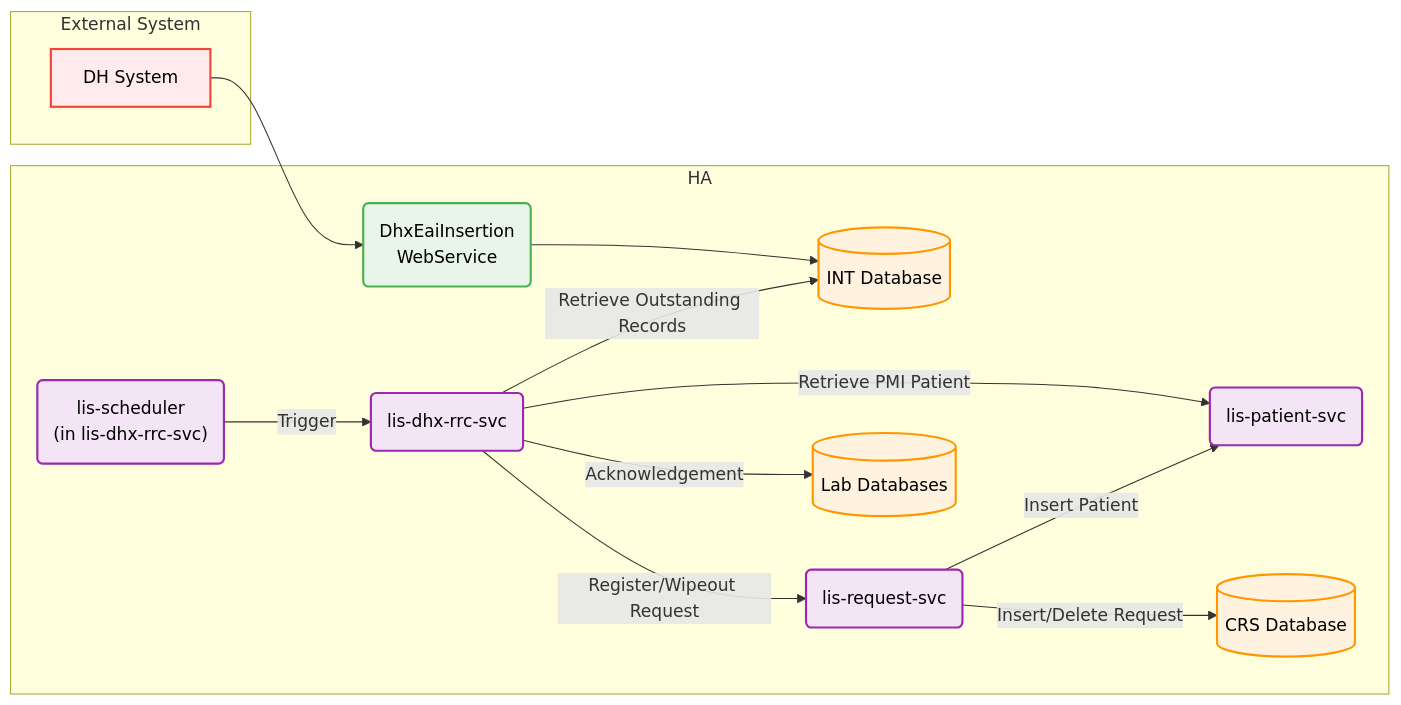
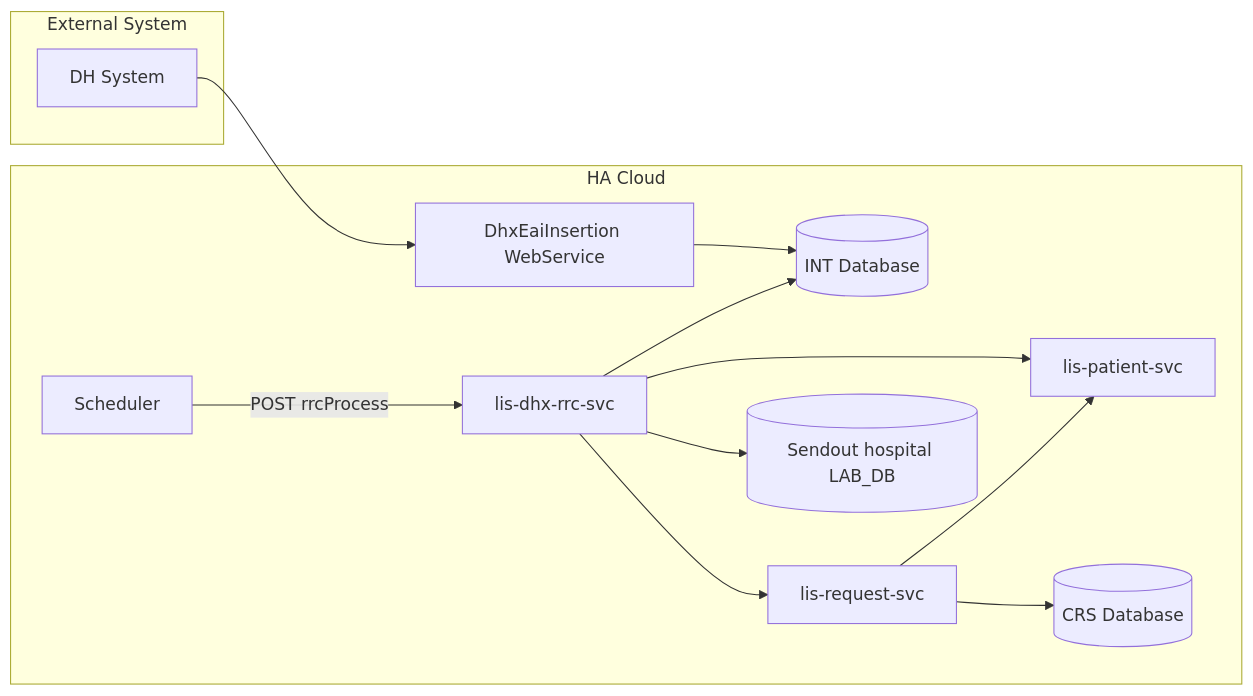
Before and after one commit to DragonChong/HA-Notes: the third of 3 diagrams in LIS/JIRA/Develop cloud application `lis-dhx-rrc-svc` to replace the legacy RRC worker and support dynamic Sybase-PostgreSQL database connectivity during DB migration.md, drawn with Mermaid. The commit also changed other lines of this file, not shown here.

Commit message:
vault backup: 2026-07-16 16:00:43

````diff
--- a/LIS/JIRA/Develop cloud application `lis-dhx-rrc-svc` to replace the legacy RRC worker and support dynamic Sybase-PostgreSQL database connectivity during DB migration.md
+++ b/LIS/JIRA/Develop cloud application `lis-dhx-rrc-svc` to replace the legacy RRC worker and support dynamic Sybase-PostgreSQL database connectivity during DB migration.md
@@ -191,36 +192,24 @@
 ```mermaid
 flowchart LR
     subgraph External["External System"]
-            DH["DH System"]
+        DH["DH System"]
     end
-    subgraph Internal["HA"]
-            WS("DhxEaiInsertion <br> WebService")
-            INT_DB[("INT Database")]
-            SCH_SVC("lis-scheduler<br>(in lis-dhx-rrc-svc)")
-            RRC_SVC("lis-dhx-rrc-svc")
-            PAT_SVC("lis-patient-svc")
-            REQ_SVC("lis-request-svc")
-            CRS_DB[("CRS Database")]
-            LAB_DB[("Lab Databases")]
+    subgraph Internal["HA Cloud"]
+        WS["DhxEaiInsertion WebService"]
+        INT_DB[("INT Database")]
+        SCH["Scheduler"]
+        RRC["lis-dhx-rrc-svc"]
+        PAT["lis-patient-svc"]
+        REQ["lis-request-svc"]
+        CRS_DB[("CRS Database")]
+        LAB_DB[("Sendout hospital LAB_DB")]
     end
-    DH --> WS
-    WS --> INT_DB
-    SCH_SVC -- Trigger--> RRC_SVC
-    RRC_SVC -- Retrieve Outstanding Records --> INT_DB
-    RRC_SVC -- Retrieve PMI Patient --> PAT_SVC
-    RRC_SVC -- Register/Wipeout Request --> REQ_SVC
-    REQ_SVC -- Insert/Delete Request --> CRS_DB
-    REQ_SVC -- Insert Patient --> PAT_SVC
-    RRC_SVC -- Acknowledgement --> LAB_DB
-
-    classDef external fill:#ffebee,stroke:#f44336,stroke-width:2px,color:#000
-    classDef internal fill:#e3f2fd,stroke:#2196f3,stroke-width:2px,color:#000
-    classDef webservice fill:#e8f5e8,stroke:#4caf50,stroke-width:2px,color:#000
-    classDef database fill:#fff3e0,stroke:#ff9800,stroke-width:2px,color:#000
-    classDef service fill:#f3e5f5,stroke:#9c27b0,stroke-width:2px,color:#000
-
-    class DH external
-    class WS webservice
-    class INT_DB,CRS_DB,LAB_DB database
-    class RRC_SVC,PAT_SVC,REQ_SVC,SCH_SVC service
+    DH --> WS --> INT_DB
+    SCH -->|POST rrcProcess| RRC
+    RRC --> INT_DB
+    RRC --> PAT
+    RRC --> REQ
+    REQ --> CRS_DB
+    REQ --> PAT
+    RRC --> LAB_DB
 ```
````
